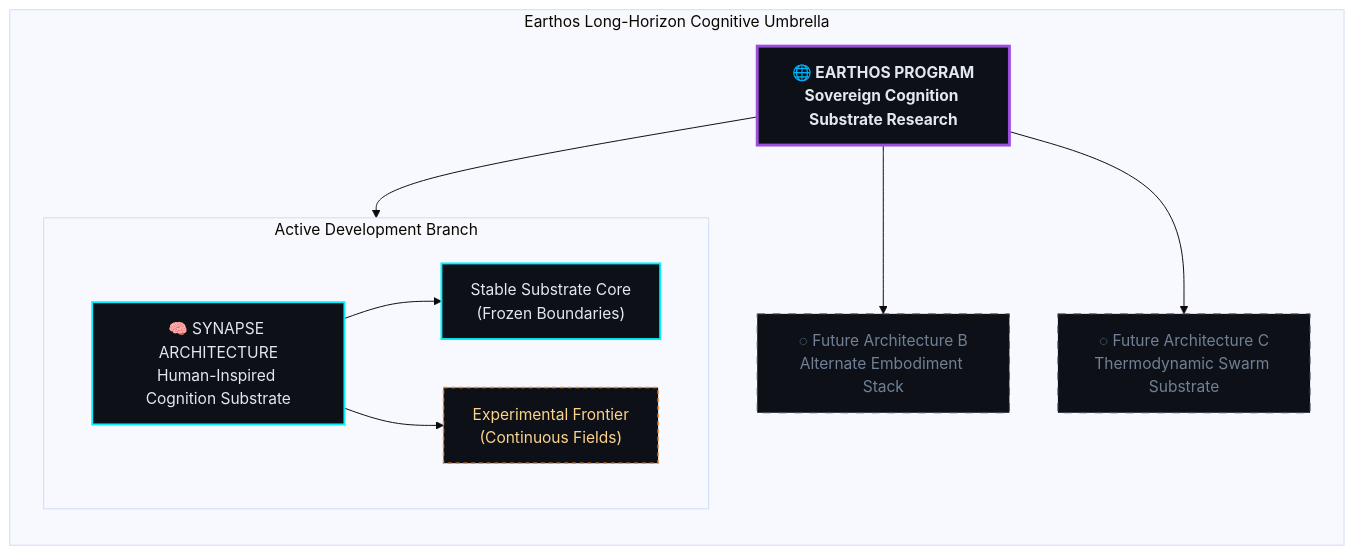
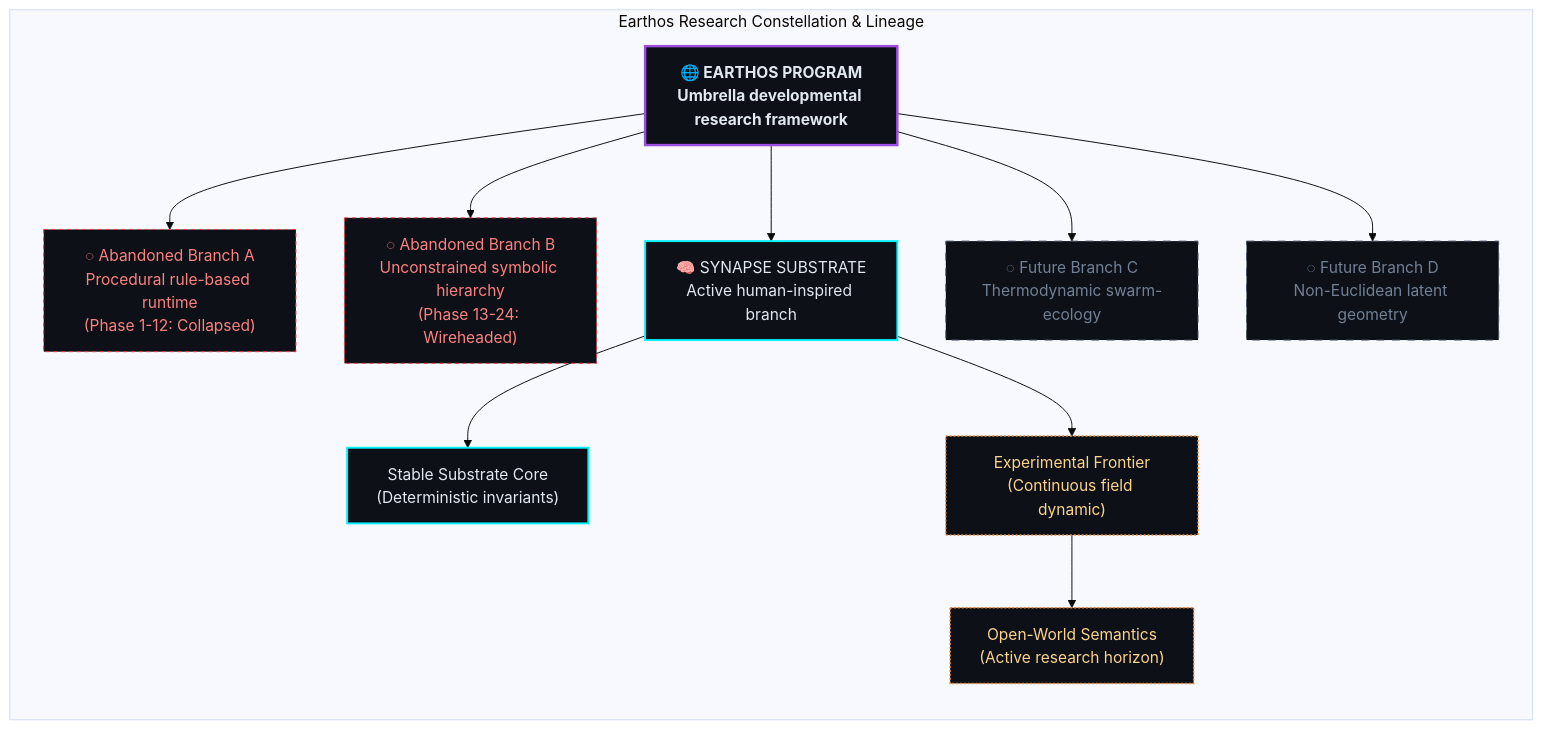
Before and after one commit to rk-roshan-kr/Earthos-public: the second of 9 diagrams in docs/architecture.md, drawn with Mermaid (base theme). The commit also changed other lines of this file, not shown here.

Commit message:
docs: expand architecture.md into research atlas specification with 7 cinematic diagrams

````diff
--- a/docs/architecture.md
+++ b/docs/architecture.md
@@ -67,23 +61,29 @@
 ```mermaid
 graph TD
-    classDef program fill:#0d1117,stroke:#9d4edd,stroke-width:3px,color:#e2e8f0,font-weight:bold;
+    classDef program fill:#0d1117,stroke:#9d4edd,stroke-width:2.5px,color:#e2e8f0,font-weight:bold;
     classDef branch fill:#0d1117,stroke:#00f2fe,stroke-width:2px,color:#e2e8f0;
-    classDef frontier fill:#0d1117,stroke:#ed8936,stroke-width:1.5px,color:#fbd38d,stroke-dasharray: 4 4;
+    classDef abandoned fill:#0d1117,stroke:#e53e3e,stroke-width:1px,color:#fc8181,stroke-dasharray: 4 4;
+    classDef frontier fill:#0d1117,stroke:#ed8936,stroke-width:1.5px,color:#fbd38d,stroke-dasharray: 2 2;
     classDef future fill:#0d1117,stroke:#4a5568,stroke-width:1px,color:#718096,stroke-dasharray: 8 8;
 
-    subgraph EARTHOS_ECOLOGY ["Earthos Long-Horizon Cognitive Umbrella"]
+    subgraph CONSTELLATION ["Earthos Research Constellation & Lineage"]
         direction TB
-        E["🌐 EARTHOS PROGRAM\nSovereign Cognition Substrate Research"]:::program
+        E["🌐 EARTHOS PROGRAM\nUmbrella developmental research framework"]:::program
 
-        subgraph SYNAPSE_BRANCH ["Active Development Branch"]
-            direction LR
-            Syn["🧠 SYNAPSE ARCHITECTURE\nHuman-Inspired Cognition Substrate"]:::branch
-            Syn --> Core["Stable Substrate Core\n(Frozen Boundaries)"]:::branch
-            Syn --> Frontier["Experimental Frontier\n(Continuous Fields)"]:::frontier
-        end
+        %% Historical branches / Abandoned paths
+        E --> AB1["◌ Abandoned Branch A\nProcedural rule-based runtime\n(Phase 1-12: Collapsed)"]:::abandoned
+        E --> AB2["◌ Abandoned Branch B\nUnconstrained symbolic hierarchy\n(Phase 13-24: Wireheaded)"]:::abandoned
+
+        %% Active substrate
+        E --> Syn["🧠 SYNAPSE SUBSTRATE\nActive human-inspired branch"]:::branch
         
-        E --> Syn
-        E --> F1["◌ Future Architecture B\nAlternate Embodiment Stack"]:::future
-        E --> F2["◌ Future Architecture C\nThermodynamic Swarm Substrate"]:::future
+        %% Speculative future directions
+        E --> F1["◌ Future Branch C\nThermodynamic swarm-ecology"]:::future
+        E --> F2["◌ Future Branch D\nNon-Euclidean latent geometry"]:::future
+
+        %% Subsystem mapping
+        Syn --> Core["Stable Substrate Core\n(Deterministic invariants)"]:::branch
+        Syn --> Frontier["Experimental Frontier\n(Continuous field dynamic)"]:::frontier
+        Frontier --> Open["Open-World Semantics\n(Active research horizon)"]:::frontier
     end
 ```
````
